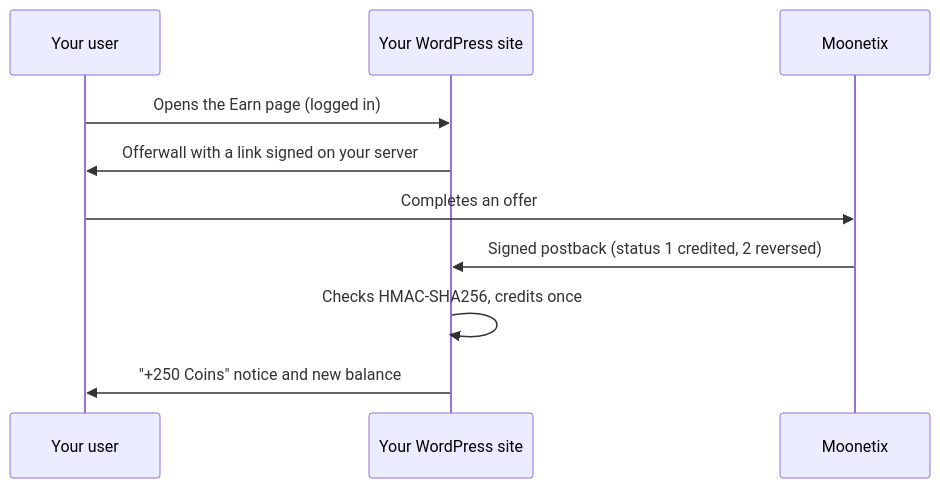
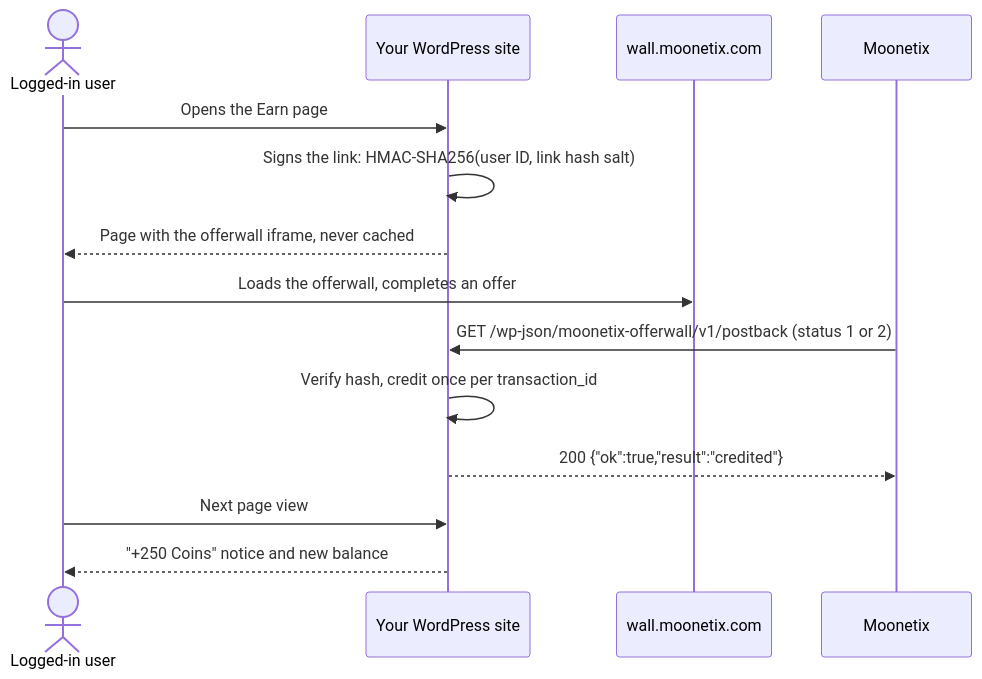
One commit to moonetix/moonetix-offerwall-wordpress changed the diagram in README.md. Above: the diagram before and after it, drawn with Mermaid. The commit also changed other lines of this file, not shown here.

Commit message:
Document settings, the postback endpoint, testing and troubleshooting

````diff
--- a/README.md
+++ b/README.md
@@ -27,12 +27,16 @@
 ```mermaid
 sequenceDiagram
-    participant U as Your user
+    actor U as Logged-in user
     participant WP as Your WordPress site
+    participant W as wall.moonetix.com
     participant M as Moonetix
-    U->>WP: Opens the Earn page (logged in)
-    WP->>U: Offerwall with a link signed on your server
-    U->>M: Completes an offer
-    M->>WP: Signed postback (status 1 credited, 2 reversed)
-    WP->>WP: Checks HMAC-SHA256, credits once
-    WP->>U: "+250 Coins" notice and new balance
+    U->>WP: Opens the Earn page
+    WP->>WP: Signs the link: HMAC-SHA256(user ID, link hash salt)
+    WP-->>U: Page with the offerwall iframe, never cached
+    U->>W: Loads the offerwall, completes an offer
+    M->>WP: GET /wp-json/moonetix-offerwall/v1/postback (status 1 or 2)
+    WP->>WP: Verify hash, credit once per transaction_id
+    WP-->>M: 200 {"ok":true,"result":"credited"}
+    U->>WP: Next page view
+    WP-->>U: "+250 Coins" notice and new balance
 ```
````
